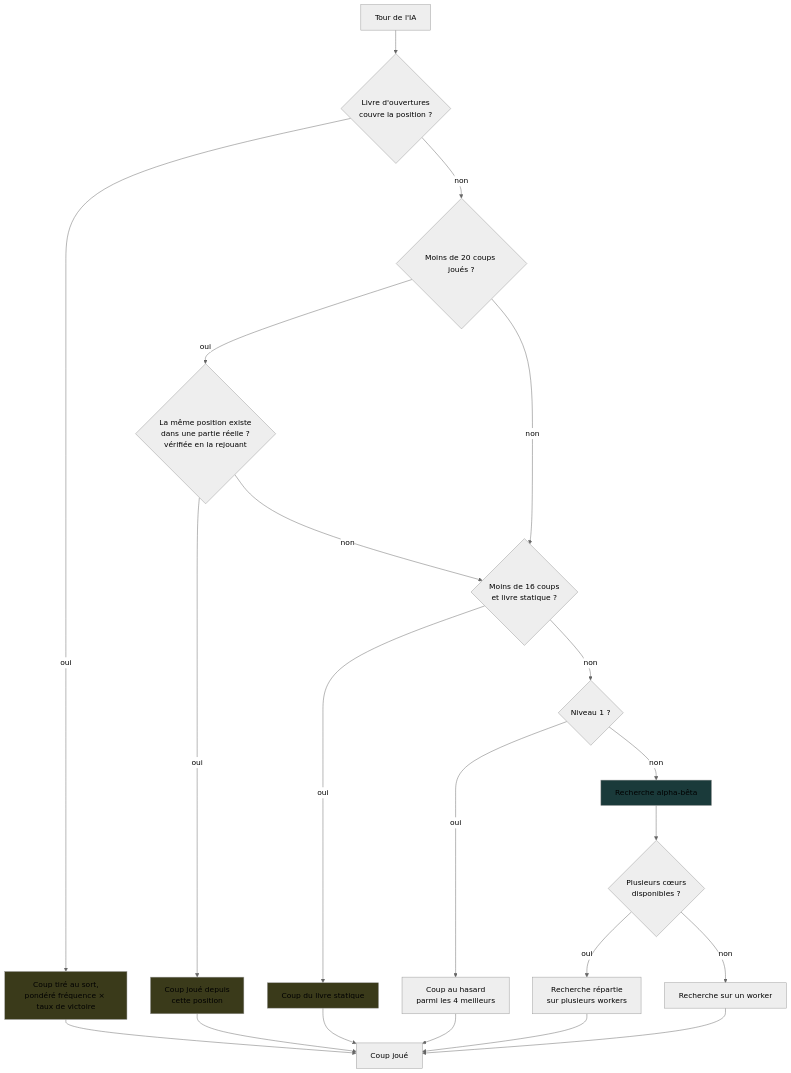
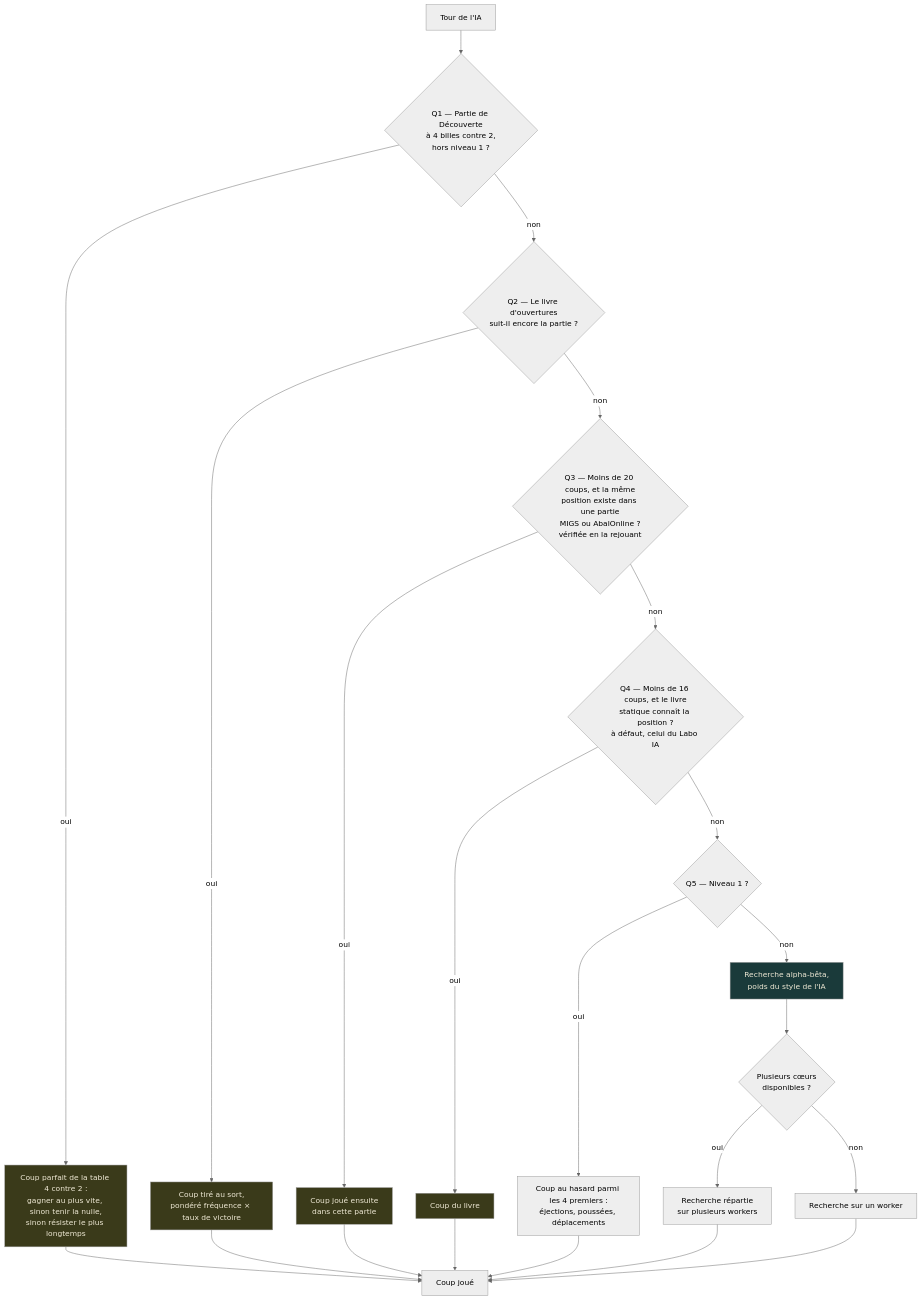
Before and after one commit to ocj94/Abalassembly: the first of 3 diagrams in docs-fr/Architecture.fr.md, drawn with Mermaid (neutral theme). The commit also changed other lines of this file and 17 other files, not shown here.

First line of the commit message:
v2.66 : la page Architecture remise a jour -- verifiee contre le code (elle datait de la v2.39), lisible sur telephone, en anglais

````diff
--- a/docs-fr/Architecture.fr.md
+++ b/docs-fr/Architecture.fr.md
@@ -15,28 +15,30 @@
 ```mermaid
 flowchart TD
-    A[Tour de l'IA] --> B{Livre d'ouvertures<br/>couvre la position ?}
+    A[Tour de l'IA] --> T{Q1 — Partie de Découverte<br/>à 4 billes contre 2,<br/>hors niveau 1 ?}
+    T -->|oui| T1[Coup parfait de la table 4 contre 2 :<br/>gagner au plus vite, sinon tenir la nulle,<br/>sinon résister le plus longtemps]
+    T -->|non| B{Q2 — Le livre d'ouvertures<br/>suit-il encore la partie ?}
     B -->|oui| B1[Coup tiré au sort,<br/>pondéré fréquence × taux de victoire]
-    B -->|non| C{Moins de 20 coups joués ?}
-    C -->|oui| C1{La même position existe<br/>dans une partie réelle ?<br/>vérifiée en la rejouant}
-    C1 -->|oui| C2[Coup joué depuis<br/>cette position]
-    C1 -->|non| D
-    C -->|non| D{Moins de 16 coups<br/>et livre statique ?}
-    D -->|oui| D1[Coup du livre statique]
-    D -->|non| E{Niveau 1 ?}
-    E -->|oui| E1[Coup au hasard<br/>parmi les 4 meilleurs]
-    E -->|non| F[Recherche alpha-bêta]
+    B -->|non| C{Q3 — Moins de 20 coups, et la même<br/>position existe dans une partie<br/>MIGS ou AbalOnline ?<br/>vérifiée en la rejouant}
+    C -->|oui| C1[Coup joué ensuite<br/>dans cette partie]
+    C -->|non| D{Q4 — Moins de 16 coups, et le livre<br/>statique connaît la position ?<br/>à défaut, celui du Labo IA}
+    D -->|oui| D1[Coup du livre]
+    D -->|non| E{Q5 — Niveau 1 ?}
+    E -->|oui| E1[Coup au hasard parmi les 4 premiers :<br/>éjections, poussées, déplacements]
+    E -->|non| F[Recherche alpha-bêta,<br/>poids du style de l'IA]
     F --> G{Plusieurs cœurs<br/>disponibles ?}
     G -->|oui| G1[Recherche répartie<br/>sur plusieurs workers]
     G -->|non| G2[Recherche sur un worker]
-    G1 --> H[Coup joué]
-    G2 --> H
+    T1 --> H[Coup joué]
     B1 --> H
-    C2 --> H
+    C1 --> H
     D1 --> H
     E1 --> H
+    G1 --> H
+    G2 --> H
 
-    style B1 fill:#3a3a1a
-    style C2 fill:#3a3a1a
-    style D1 fill:#3a3a1a
-    style F fill:#1a3a3a
+    style T1 fill:#3a3a1a,color:#f0ead6
+    style B1 fill:#3a3a1a,color:#f0ead6
+    style C1 fill:#3a3a1a,color:#f0ead6
+    style D1 fill:#3a3a1a,color:#f0ead6
+    style F fill:#1a3a3a,color:#f0ead6
 ```
````
